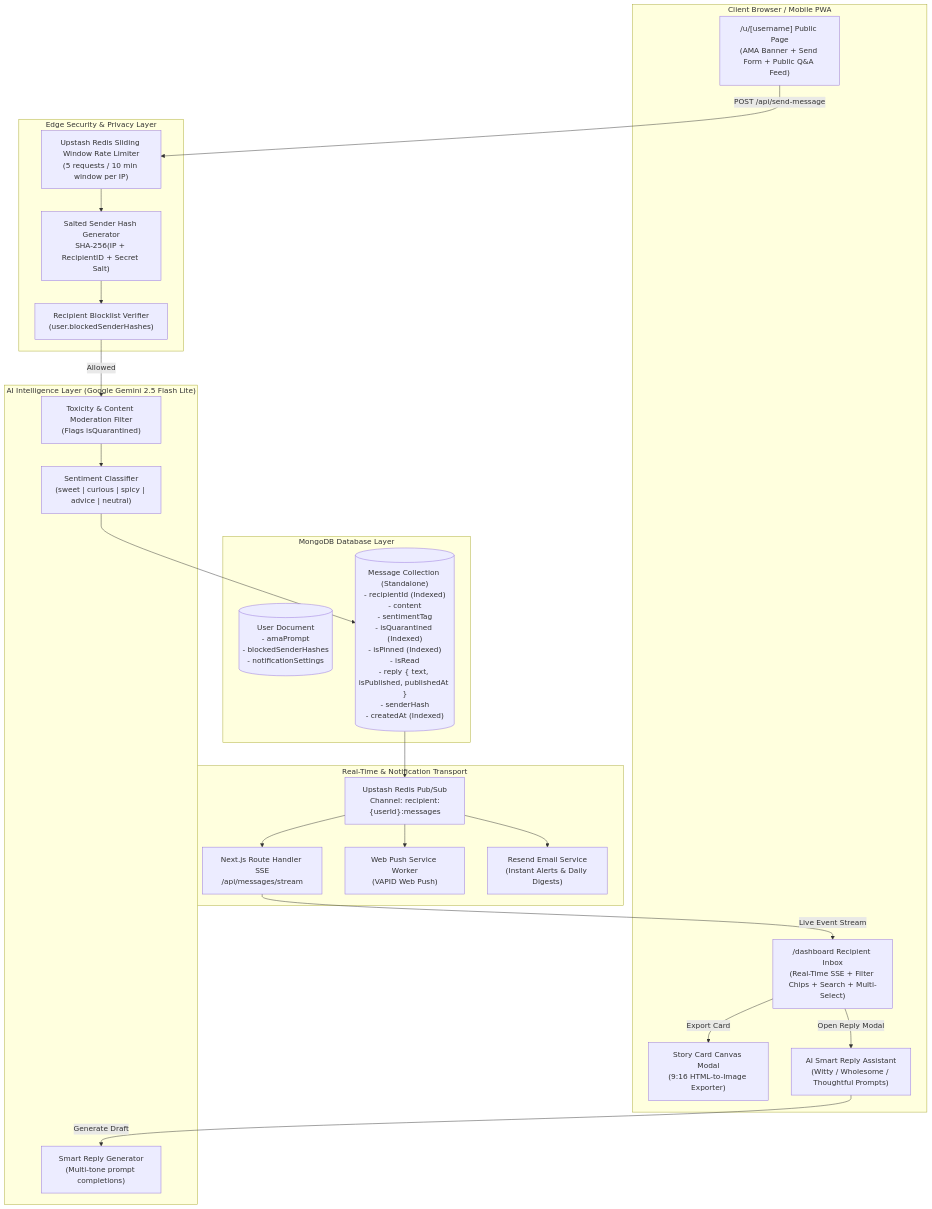
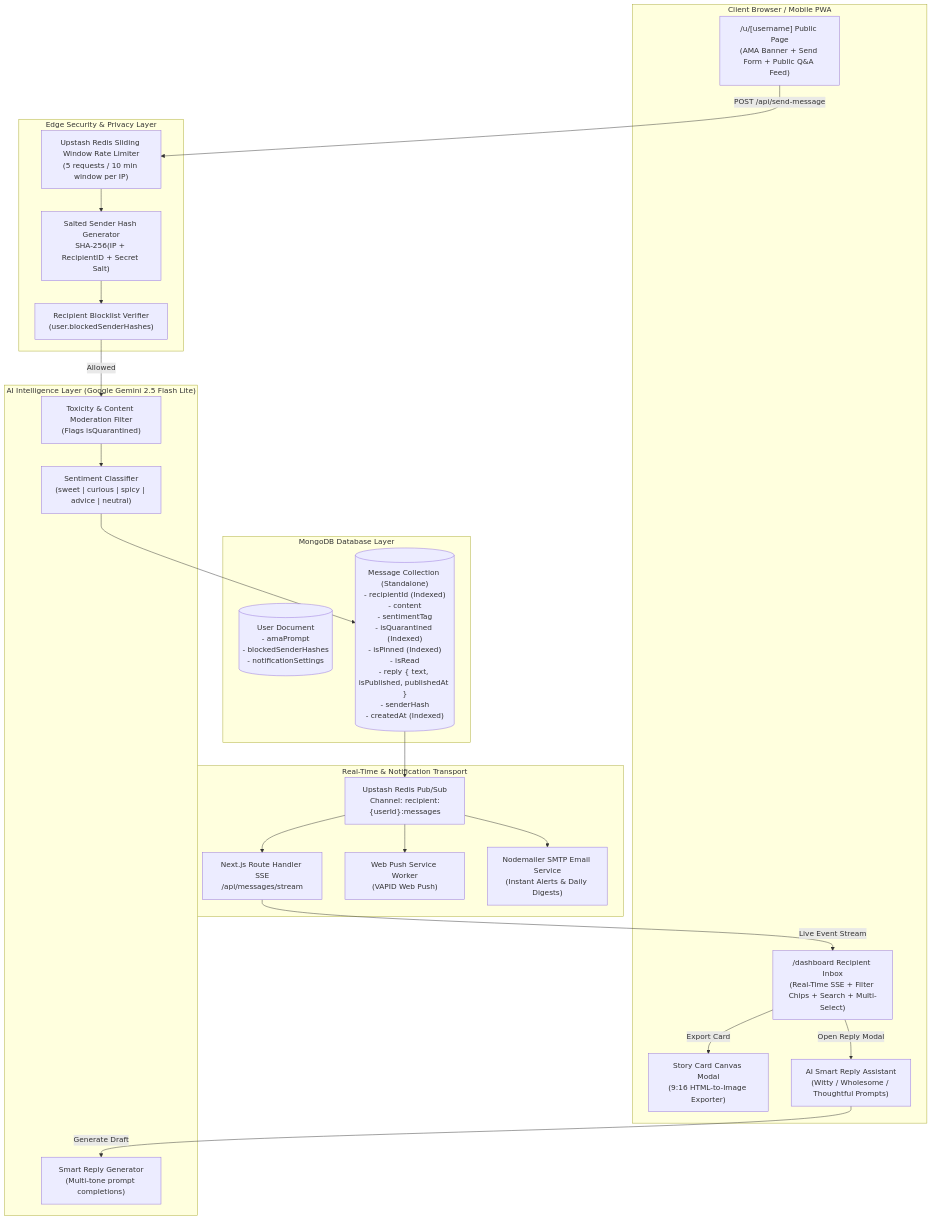
One commit to Abbas4tech/GhostMsg changed the first of 3 diagrams in docs/feature-and-implementation-blueprint.md. Above: the diagram before and after it, drawn with Mermaid. The commit also changed other lines of this file and 3 other files, not shown here.

Commit message:
docs: update getting started, deployment, and blueprint for Nodemailer SMTP configuration

````diff
--- a/docs/feature-and-implementation-blueprint.md
+++ b/docs/feature-and-implementation-blueprint.md
@@ -9,48 +9,48 @@
 ```mermaid
 flowchart TD
     subgraph Client ["Client Browser / Mobile PWA"]
         A1["/u/[username] Public Page\n(AMA Banner + Send Form + Public Q&A Feed)"]
         A2["/dashboard Recipient Inbox\n(Real-Time SSE + Filter Chips + Search + Multi-Select)"]
         A3["Story Card Canvas Modal\n(9:16 HTML-to-Image Exporter)"]
         A4["AI Smart Reply Assistant\n(Witty / Wholesome / Thoughtful Prompts)"]
     end
 
     subgraph Security ["Edge Security & Privacy Layer"]
         B1["Upstash Redis Sliding Window Rate Limiter\n(5 requests / 10 min window per IP)"]
         B2["Salted Sender Hash Generator\nSHA-256(IP + RecipientID + Secret Salt)"]
         B3["Recipient Blocklist Verifier\n(user.blockedSenderHashes)"]
     end
 
     subgraph AI ["AI Intelligence Layer (Google Gemini 2.5 Flash Lite)"]
         C1["Toxicity & Content Moderation Filter\n(Flags isQuarantined)"]
         C2["Sentiment Classifier\n(sweet | curious | spicy | advice | neutral)"]
         C3["Smart Reply Generator\n(Multi-tone prompt completions)"]
     end
 
     subgraph Data ["MongoDB Database Layer"]
         D1[("User Document\n- amaPrompt\n- blockedSenderHashes\n- notificationSettings")]
         D2[("Message Collection (Standalone)\n- recipientId (Indexed)\n- content\n- sentimentTag\n- isQuarantined (Indexed)\n- isPinned (Indexed)\n- isRead\n- reply { text, isPublished, publishedAt }\n- senderHash\n- createdAt (Indexed)")]
     end
 
     subgraph Notification ["Real-Time & Notification Transport"]
         E1["Upstash Redis Pub/Sub\nChannel: recipient:{userId}:messages"]
         E2["Next.js Route Handler SSE\n/api/messages/stream"]
         E3["Web Push Service Worker\n(VAPID Web Push)"]
-        E4["Resend Email Service\n(Instant Alerts & Daily Digests)"]
+        E4["Nodemailer SMTP Email Service\n(Instant Alerts & Daily Digests)"]
     end
 
     A1 -->|POST /api/send-message| B1
     B1 --> B2
     B2 --> B3
     B3 -->|Allowed| C1
     C1 --> C2
     C2 --> D2
     D2 --> E1
     E1 --> E2
     E1 --> E3
     E1 --> E4
     E2 -->|Live Event Stream| A2
     A2 -->|Open Reply Modal| A4
     A4 -->|Generate Draft| C3
     A2 -->|Export Card| A3
 ```
````
